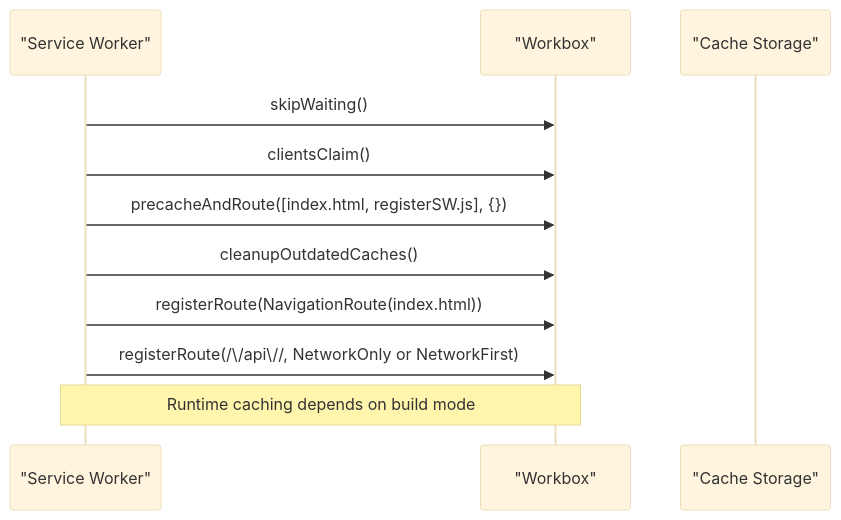
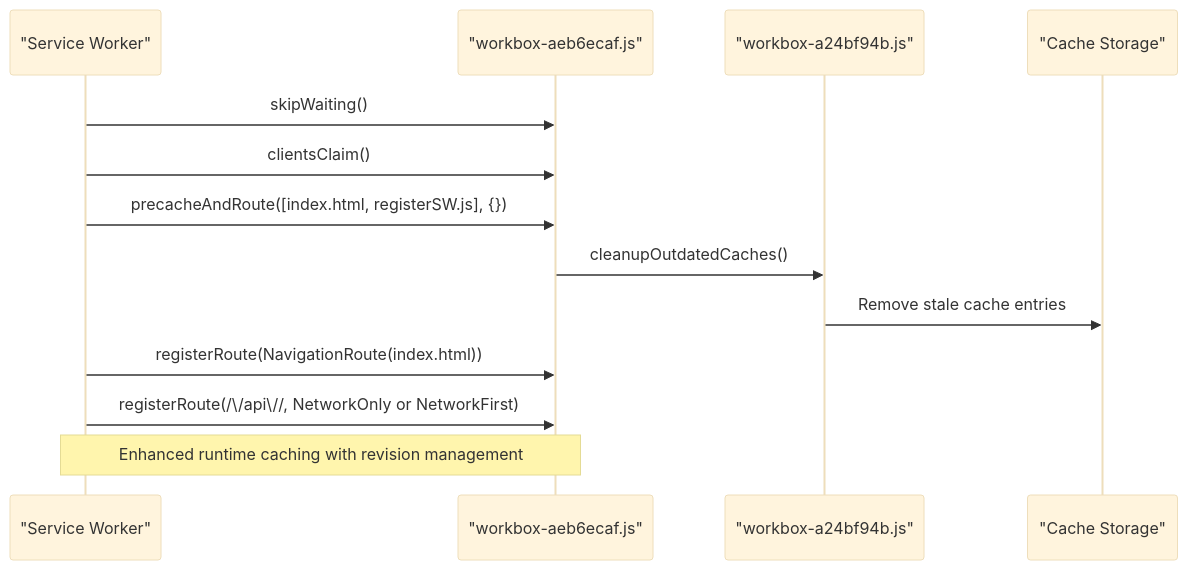
The fourth of 9 diagrams in .qoder/repowiki/en/content/Frontend Application Architecture/PWA and Offline Capabilities.md (Glimora-X/work-helper), drawn with Mermaid (base theme) before and after one commit. The commit also changed other lines of this file and 5 other files, not shown here.

First line of the commit message:
docs(skill): enhance skill system architecture and documentation

````diff
--- a/.qoder/repowiki/en/content/Frontend Application Architecture/PWA and Offline Capabilities.md
+++ b/.qoder/repowiki/en/content/Frontend Application Architecture/PWA and Offline Capabilities.md
@@ -143,13 +168,15 @@
 ```mermaid
 sequenceDiagram
 participant SW as "Service Worker"
-participant WB as "Workbox"
+participant WB2 as "workbox-aeb6ecaf.js"
+participant WB1 as "workbox-a24bf94b.js"
 participant Cache as "Cache Storage"
-SW->>WB : skipWaiting()
-SW->>WB : clientsClaim()
-SW->>WB : precacheAndRoute([index.html, registerSW.js], {})
-SW->>WB : cleanupOutdatedCaches()
-SW->>WB : registerRoute(NavigationRoute(index.html))
-SW->>WB : registerRoute(/\/api\//, NetworkOnly or NetworkFirst)
-Note over SW,WB : Runtime caching depends on build mode
+SW->>WB2 : skipWaiting()
+SW->>WB2 : clientsClaim()
+SW->>WB2 : precacheAndRoute([index.html, registerSW.js], {})
+WB2->>WB1 : cleanupOutdatedCaches()
+WB1->>Cache : Remove stale cache entries
+SW->>WB2 : registerRoute(NavigationRoute(index.html))
+SW->>WB2 : registerRoute(/\/api\//, NetworkOnly or NetworkFirst)
+Note over SW,WB2 : Enhanced runtime caching with revision management
 ```
````
